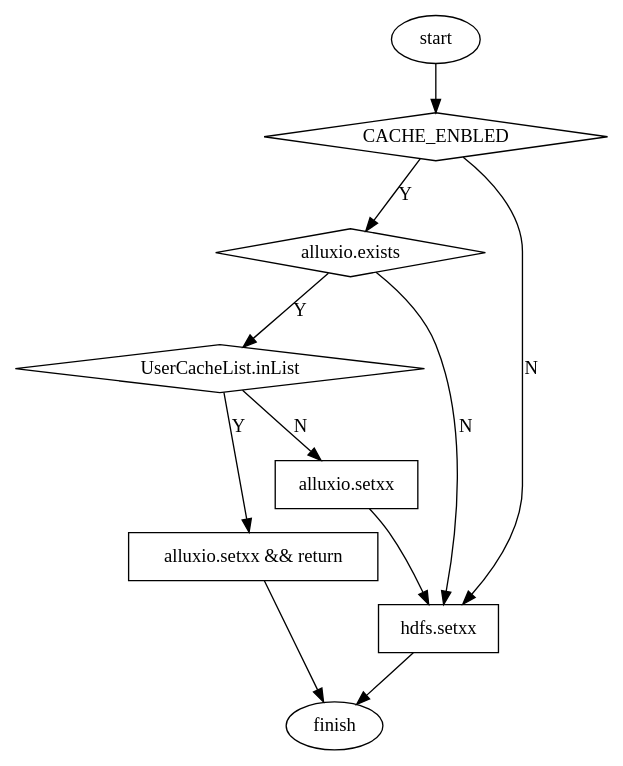
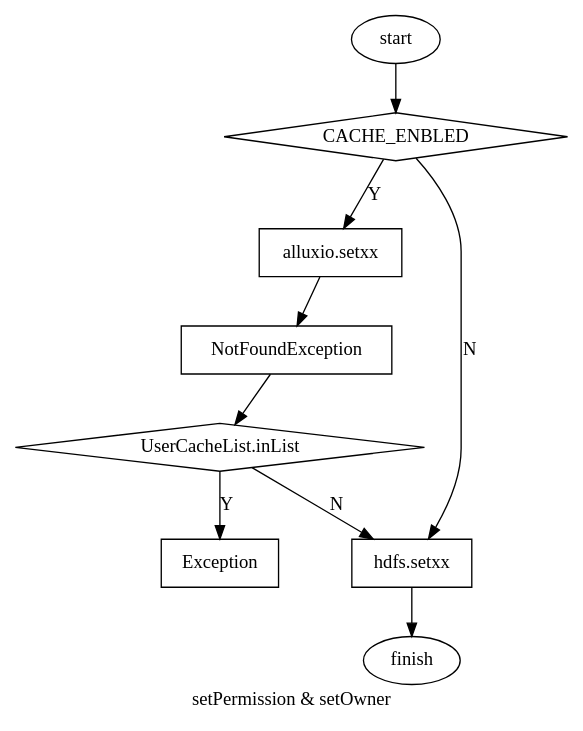
The diagram in alluxio/flow/setOwner&setPermission.dot (Jason0812/doc), drawn with Graphviz before and after one commit. The commit also changed 20 other files, not shown here.

```diff
--- a/alluxio/flow/setOwner&setPermission.dot
+++ b/alluxio/flow/setOwner&setPermission.dot
@@ -1,21 +1,19 @@
 digraph set{
+	label = "setPermission & setOwner";
 	CACHE_ENBLED[shape=diamond];
 	start[shape=ellipse];
-	isExistInAlluxio[shape=diamond, label="alluxio.exists"];
 	inList[shape = diamond, label = "UserCacheList.inList"];
 	finish[shape=ellipse];
-	aSetFinished[shape = box, label = "alluxio.setxx && return"]
 	aSet[shape = box, label = "alluxio.setxx"];
 	hSet[shape = box, label = "hdfs.setxx"];
-
+	NotFoundException[shape = box, label = "NotFoundException"];
+	Exception[shape = box, label = "Exception"];
 	start -> CACHE_ENBLED;
 	CACHE_ENBLED -> hSet[label = "N"];
-	CACHE_ENBLED -> isExistInAlluxio[label = "Y"];
-	isExistInAlluxio -> hSet[label = "N"];
-	isExistInAlluxio -> inList[label = "Y"];
-	inList -> aSetFinished[label = "Y"];
-	inList -> aSet[label = "N"];
-	aSet -> hSet;
+	CACHE_ENBLED -> aSet[label = "Y"];
+	aSet -> NotFoundException;
+	NotFoundException -> inList;
+	inList -> Exception[label = "Y"];
+	inList -> hSet[label = "N"];
 	hSet -> finish;
-	aSetFinished -> finish;
 }
```
